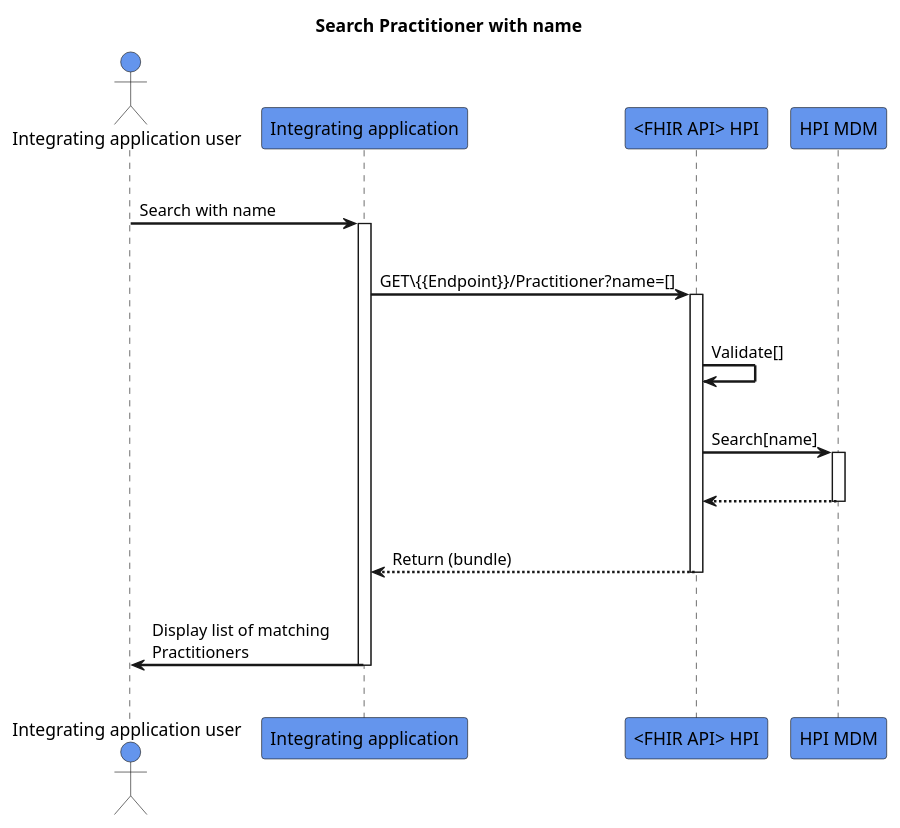
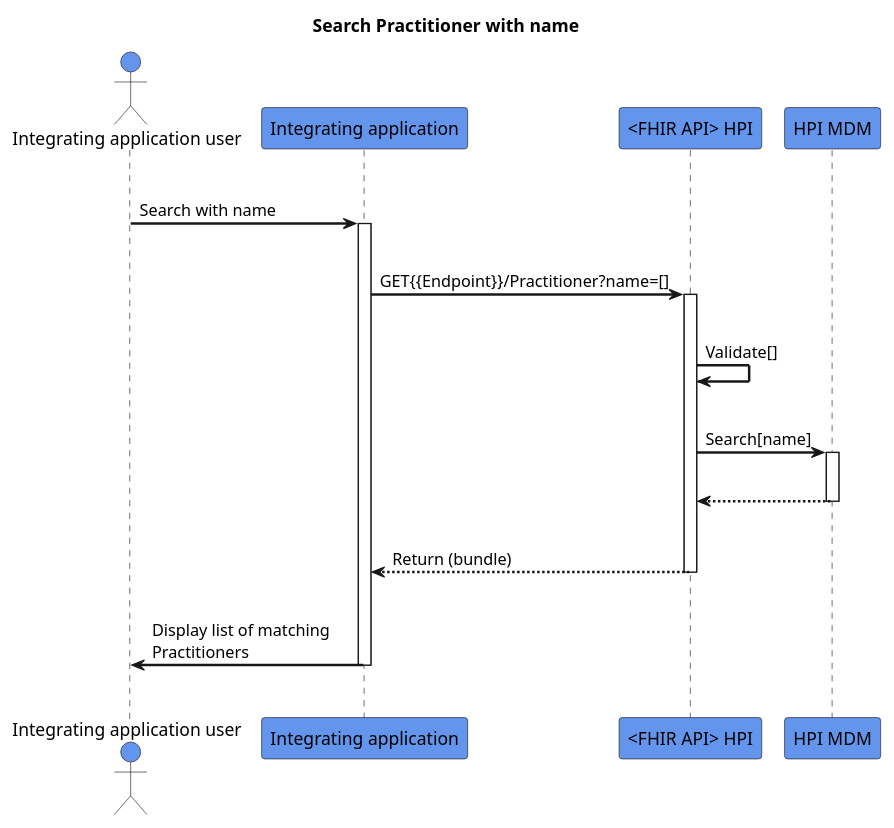
The diagram in input/images-source/search-practitioner-withname.plantuml (HL7NZ/hpi), drawn with PlantUML before and after one commit.

```diff
--- a/input/images-source/search-practitioner-withname.plantuml
+++ b/input/images-source/search-practitioner-withname.plantuml
@@ -1,32 +1,32 @@
 @startuml
 skinparam sequenceArrowThickness 2
 skinparam roundcorner 5
 skinparam maxmessagesize 180
 skinparam sequenceParticipant bold
 title Search Practitioner with name
 actor "Integrating application user" as User #CornflowerBlue
 participant "Integrating application" as A #CornflowerBlue
 participant "<FHIR API> HPI" as B #CornflowerBlue
 participant "HPI MDM" as C #CornflowerBlue
 |||
 User -> A: Search with name
 activate A
 |||
-A -> B: GET\{{Endpoint}}/Practitioner?name=[]
+A -> B: GET{{Endpoint}}/Practitioner?name=[]
 activate B
 |||
 B -> B: Validate[]
 |||
 B -> C: Search[name]
 activate C
 |||
 C -[dashed]-> B:  
 deactivate C
 |||
 B -[dashed]-> A:Return (bundle)
 deactivate B
 |||
 A -> User: Display list of matching Practitioners
 deactivate A
 |||
 @enduml
```
